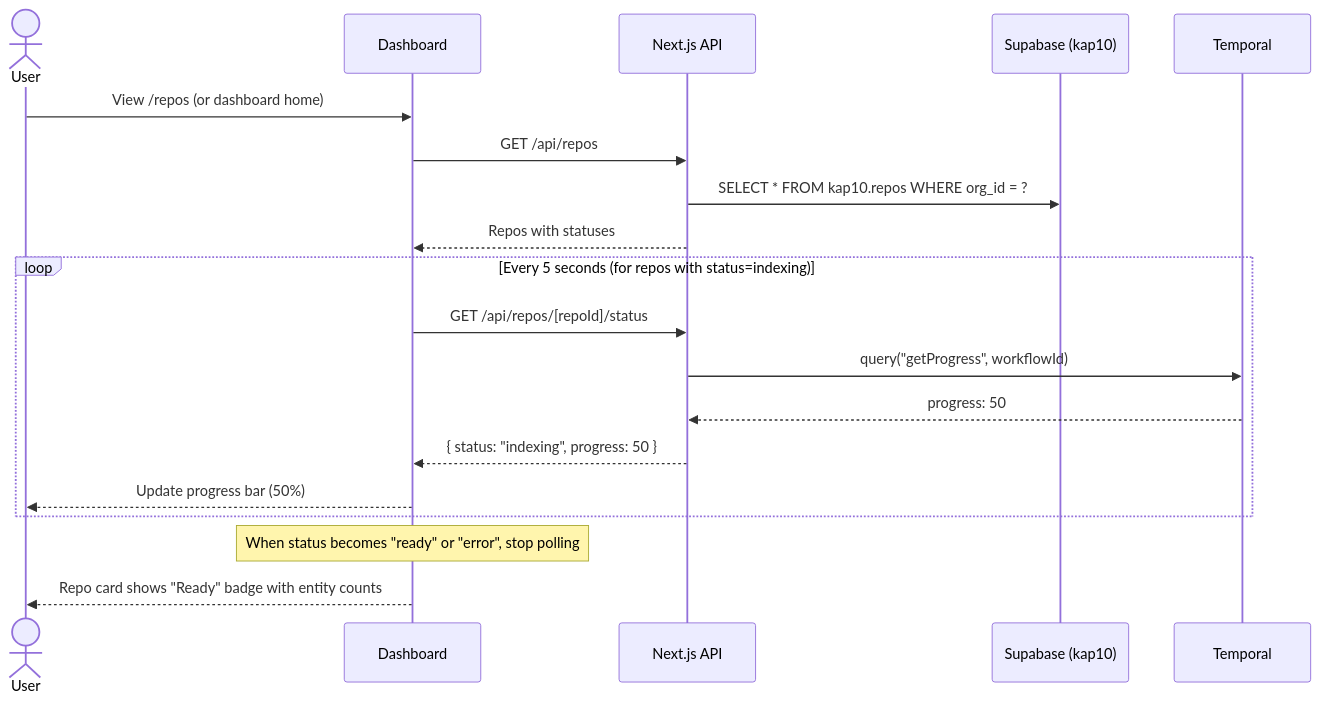
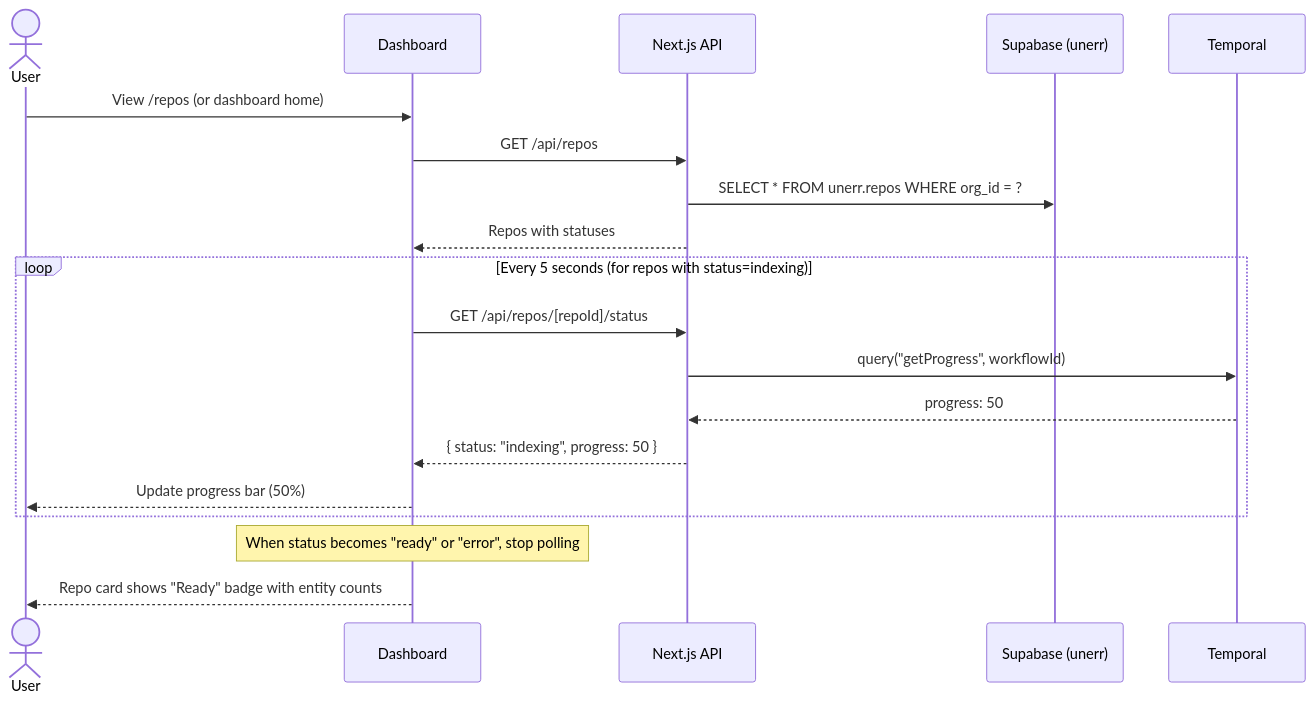
The fourth of 5 diagrams in docs/architecture/PHASE_1_GITHUB_CONNECT_AND_INDEXING.md (AutoRail-AI/kap10-server), drawn with Mermaid before and after one commit. The commit also changed other lines of this file and 157 other files, not shown here.

````diff
--- a/docs/architecture/PHASE_1_GITHUB_CONNECT_AND_INDEXING.md
+++ b/docs/architecture/PHASE_1_GITHUB_CONNECT_AND_INDEXING.md
@@ -293,25 +293,25 @@
 ```mermaid
 sequenceDiagram
     actor User
     participant Dashboard
     participant NextAPI as Next.js API
-    participant Supabase as Supabase (kap10)
+    participant Supabase as Supabase (unerr)
     participant Temporal
 
     User->>Dashboard: View /repos (or dashboard home)
     Dashboard->>NextAPI: GET /api/repos
-    NextAPI->>Supabase: SELECT * FROM kap10.repos WHERE org_id = ?
+    NextAPI->>Supabase: SELECT * FROM unerr.repos WHERE org_id = ?
     NextAPI-->>Dashboard: Repos with statuses
 
     loop Every 5 seconds (for repos with status=indexing)
         Dashboard->>NextAPI: GET /api/repos/[repoId]/status
         NextAPI->>Temporal: query("getProgress", workflowId)
         Temporal-->>NextAPI: progress: 50
         NextAPI-->>Dashboard: { status: "indexing", progress: 50 }
         Dashboard-->>User: Update progress bar (50%)
     end
 
     Note over Dashboard: When status becomes "ready" or "error", stop polling
 
     Dashboard-->>User: Repo card shows "Ready" badge with entity counts
 ```
````
